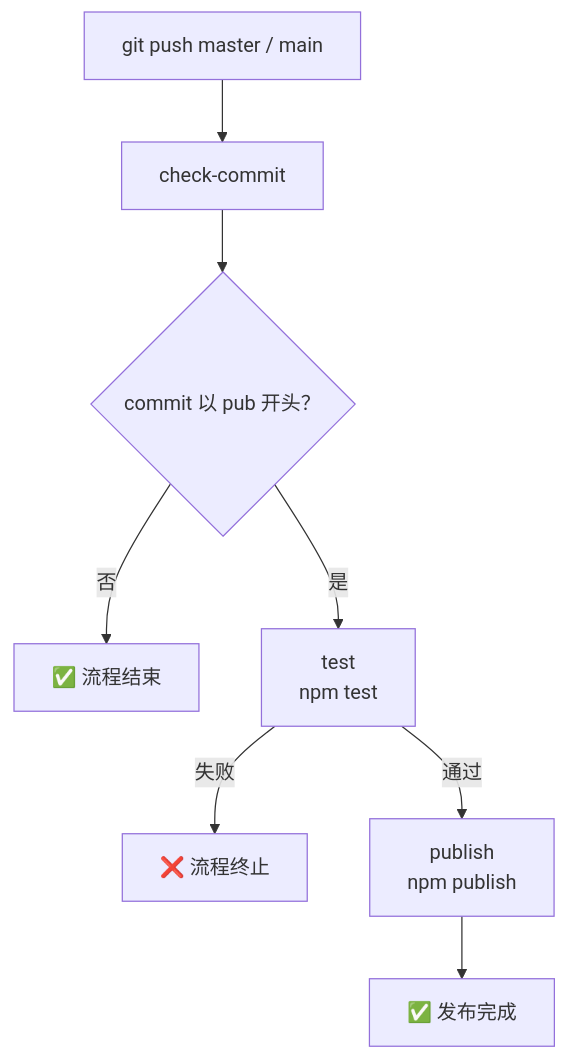
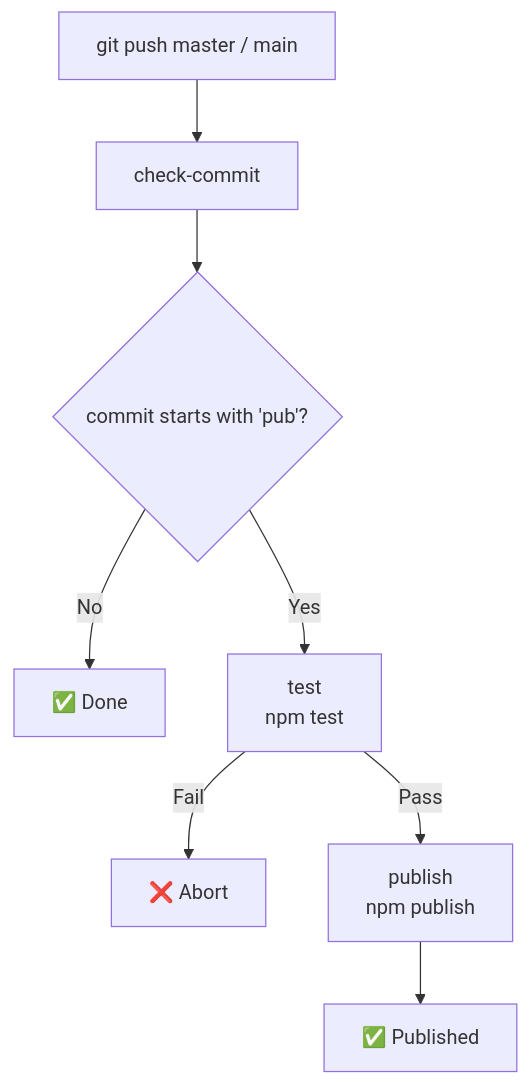
One commit to VincentZyuApps/qwq-npm-test changed the diagram in readme.md. Above: the diagram before and after it, drawn with Mermaid. The commit also changed other lines of this file and 2 other files, not shown here.

Commit message:
pub: add npm provenance support

````diff
--- a/readme.md
+++ b/readme.md
@@ -63,10 +70,10 @@
 ```mermaid
 flowchart TD
     Push["git push master / main"] --> Check["check-commit"]
-    Check --> Q{"commit 以 pub 开头？"}
-    Q -->|否| Done1["✅ 流程结束"]
-    Q -->|是| Test["test<br>npm test"]
-    Test -->|失败| Fail["❌ 流程终止"]
-    Test -->|通过| Pub["publish<br>npm publish"]
-    Pub --> Done2["✅ 发布完成"]
+    Check --> Q{"commit starts with 'pub'?"}
+    Q -->|No| Done1["✅ Done"]
+    Q -->|Yes| Test["test<br>npm test"]
+    Test -->|Fail| Fail["❌ Abort"]
+    Test -->|Pass| Pub["publish<br>npm publish"]
+    Pub --> Done2["✅ Published"]
 ```
````
